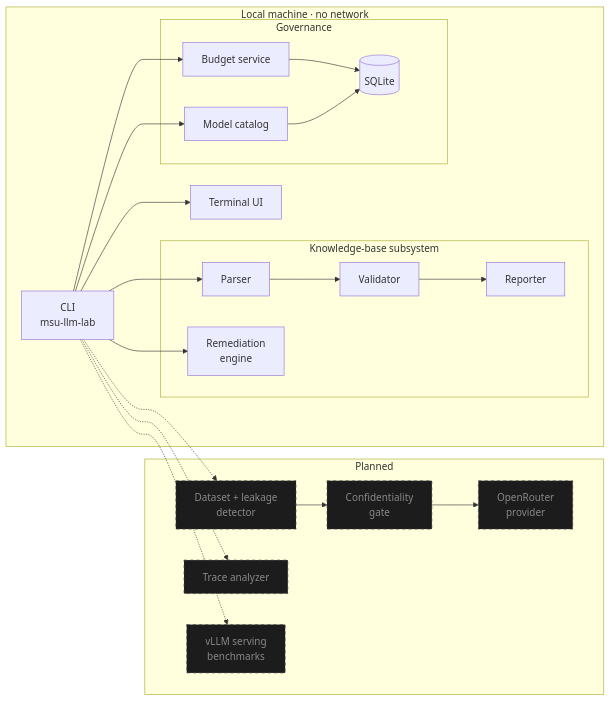
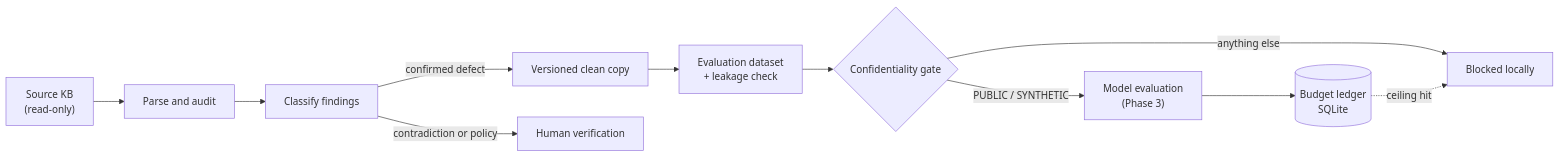
The diagram in README.md (Sudharsanselvaraj/Model-Systems-Workbench), drawn with Mermaid before and after one commit. The commit also changed other lines of this file, not shown here.

````diff
--- a/README.md
+++ b/README.md
@@ -187,33 +89,13 @@
 ```mermaid
-graph LR
-    subgraph Local["Local machine · no network"]
-        CLI["CLI<br/>msu-llm-lab"] --> TUI["Terminal UI"]
-
-        subgraph KB["Knowledge-base subsystem"]
-            P["Parser"] --> V["Validator"] --> R["Reporter"]
-            RM["Remediation<br/>engine"]
-        end
-
-        subgraph Ledger["Governance"]
-            B["Budget service"] --> DB[("SQLite")]
-            C["Model catalog"] --> DB
-        end
-
-        CLI --> P
-        CLI --> RM
-        CLI --> B
-        CLI --> C
-    end
-
-    subgraph Next["Planned"]
-        D["Dataset + leakage<br/>detector"]:::p --> G["Confidentiality<br/>gate"]:::p --> O["OpenRouter<br/>provider"]:::p
-        T["Trace analyzer"]:::p
-        S["vLLM serving<br/>benchmarks"]:::p
-    end
-
-    CLI -.-> D
-    CLI -.-> T
-    CLI -.-> S
-
-    classDef p fill:#1C1C1C,stroke:#444,stroke-dasharray:5 5,color:#888;
+flowchart LR
+    KB["Source KB<br/>(read-only)"] --> A["Parse and audit"]
+    A --> F["Classify findings"]
+    F -->|confirmed defect| C["Versioned clean copy"]
+    F -->|contradiction or policy| H["Human verification"]
+    C --> D["Evaluation dataset<br/>+ leakage check"]
+    D --> G{"Confidentiality gate"}
+    G -->|PUBLIC / SYNTHETIC| M["Model evaluation<br/>(Phase 3)"]
+    G -->|anything else| X["Blocked locally"]
+    M --> L[("Budget ledger<br/>SQLite")]
+    L -.->|ceiling hit| X
 ```
````
